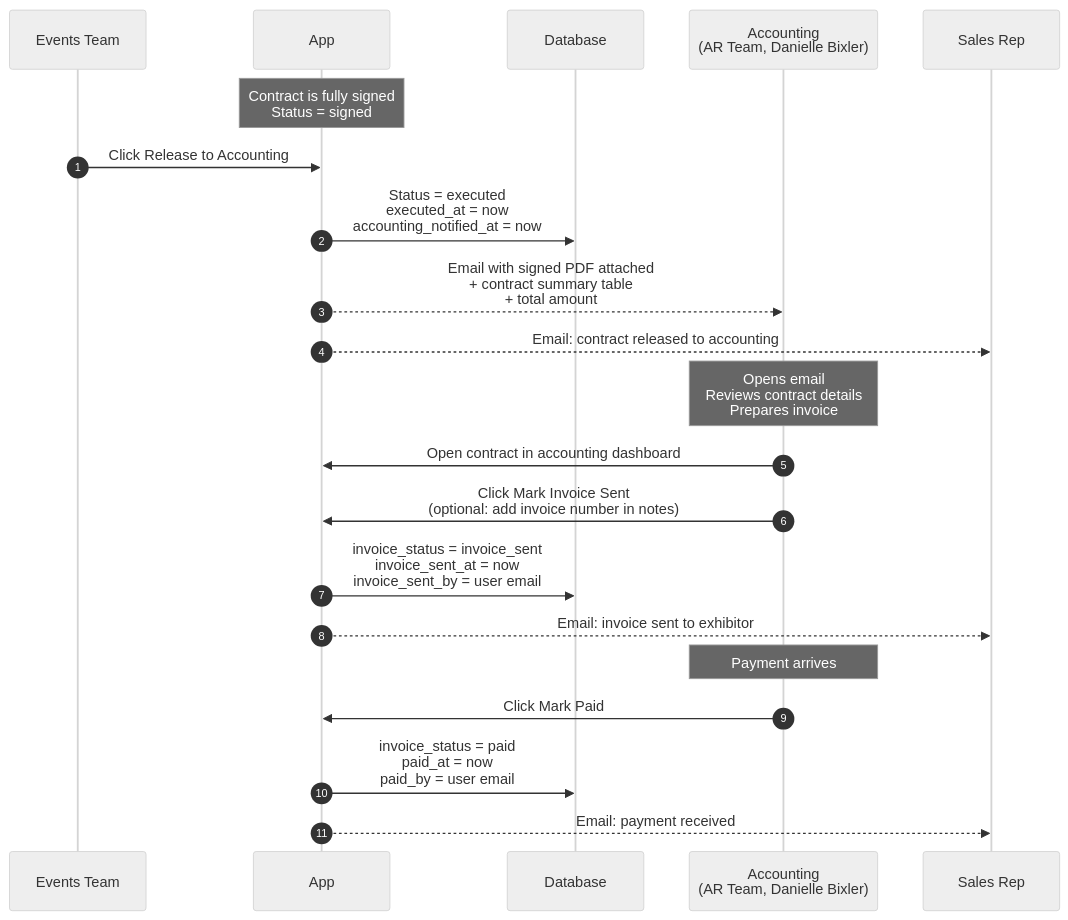
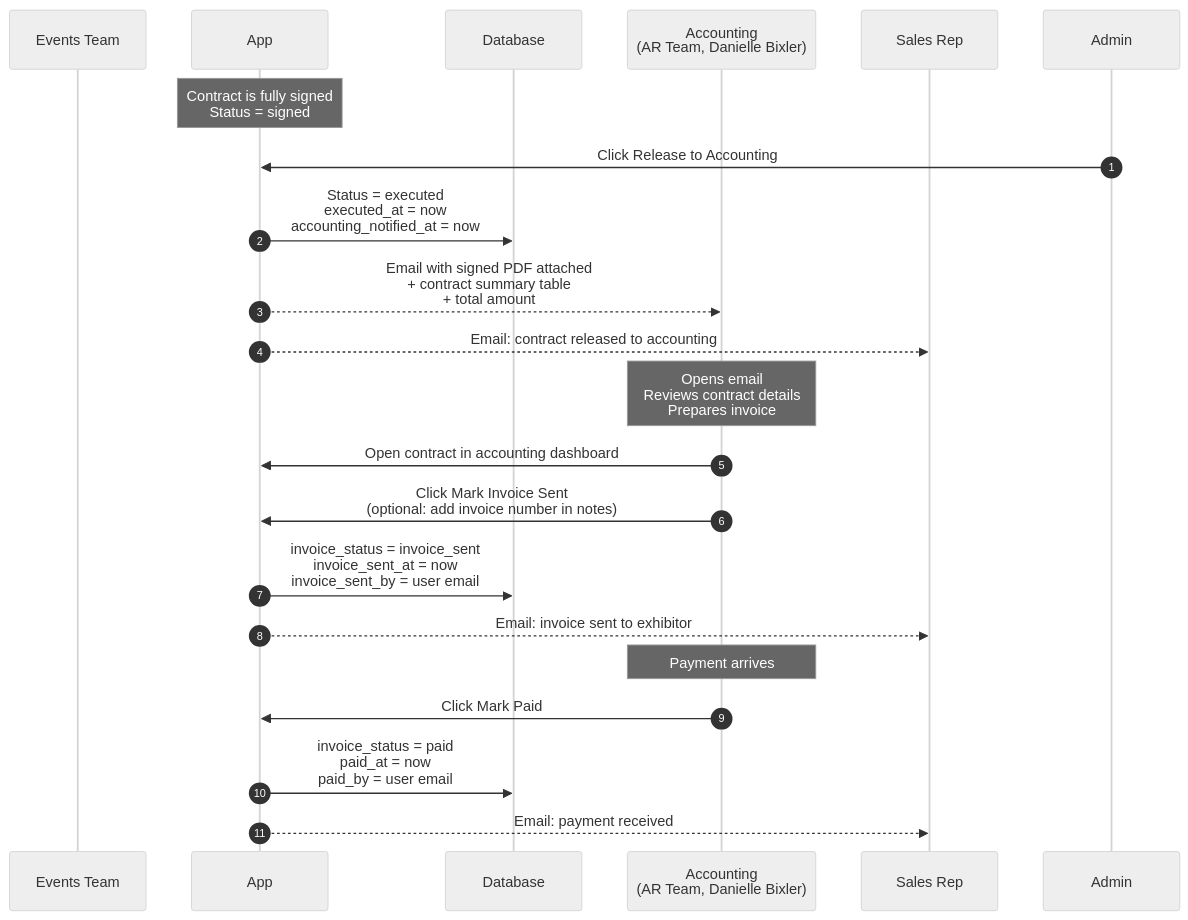
The fourth of 8 diagrams in docs/WORKFLOW.md (mcapace/whiskyfest-contracts), drawn with Mermaid (neutral theme) before and after one commit. The commit also changed other lines of this file and 2 other files, not shown here.

First line of the commit message:
docs: Refresh SCHEMA/ARCHITECTURE/WORKFLOW mermaid for current product

````diff
--- a/docs/WORKFLOW.md
+++ b/docs/WORKFLOW.md
@@ -167,28 +177,28 @@
 ```mermaid
 sequenceDiagram
     autonumber
     participant Events as Events Team
     participant App
     participant DB as Database
     participant Accounting as Accounting<br/>(AR Team, Danielle Bixler)
     participant Rep as Sales Rep
     
     Note over App: Contract is fully signed<br/>Status = signed
     
-    Events->>App: Click Release to Accounting
+    Admin->>App: Click Release to Accounting
     App->>DB: Status = executed<br/>executed_at = now<br/>accounting_notified_at = now
     App-->>Accounting: Email with signed PDF attached<br/>+ contract summary table<br/>+ total amount
     App-->>Rep: Email: contract released to accounting
     
     Note over Accounting: Opens email<br/>Reviews contract details<br/>Prepares invoice
     
     Accounting->>App: Open contract in accounting dashboard
     Accounting->>App: Click Mark Invoice Sent<br/>(optional: add invoice number in notes)
     App->>DB: invoice_status = invoice_sent<br/>invoice_sent_at = now<br/>invoice_sent_by = user email
     App-->>Rep: Email: invoice sent to exhibitor
     
     Note over Accounting: Payment arrives
     Accounting->>App: Click Mark Paid
     App->>DB: invoice_status = paid<br/>paid_at = now<br/>paid_by = user email
     App-->>Rep: Email: payment received
 ```
````
